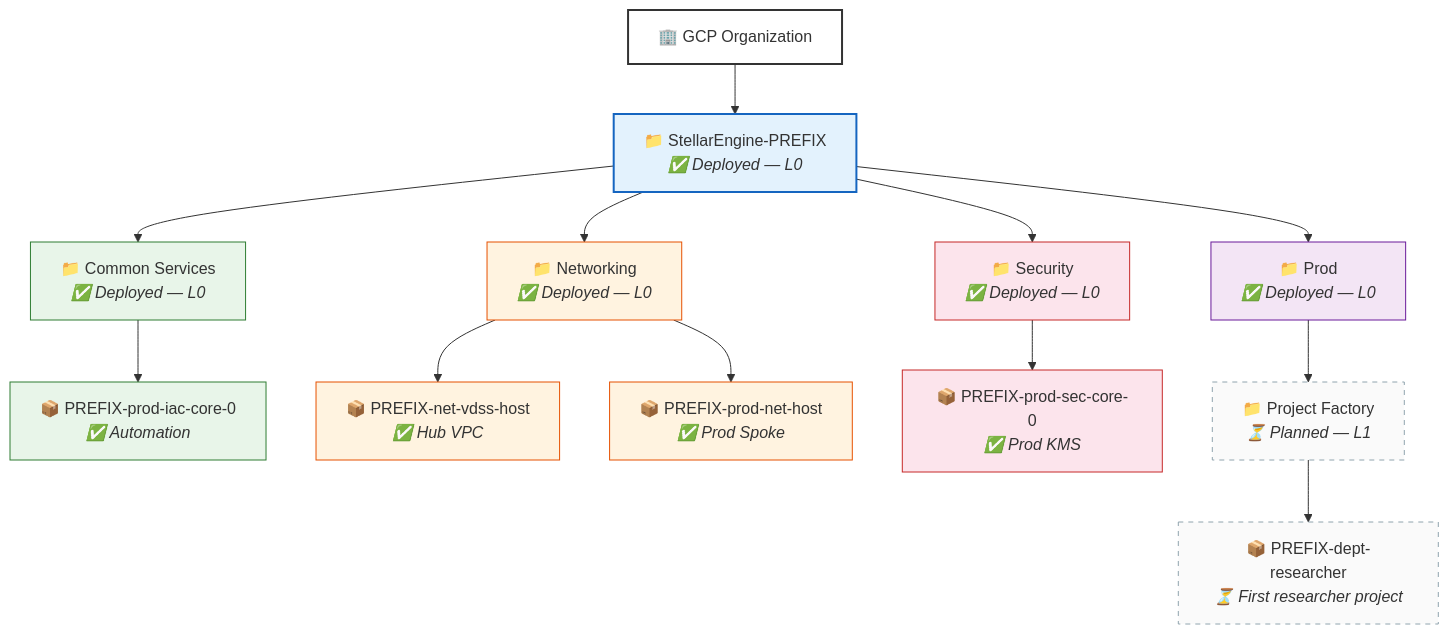
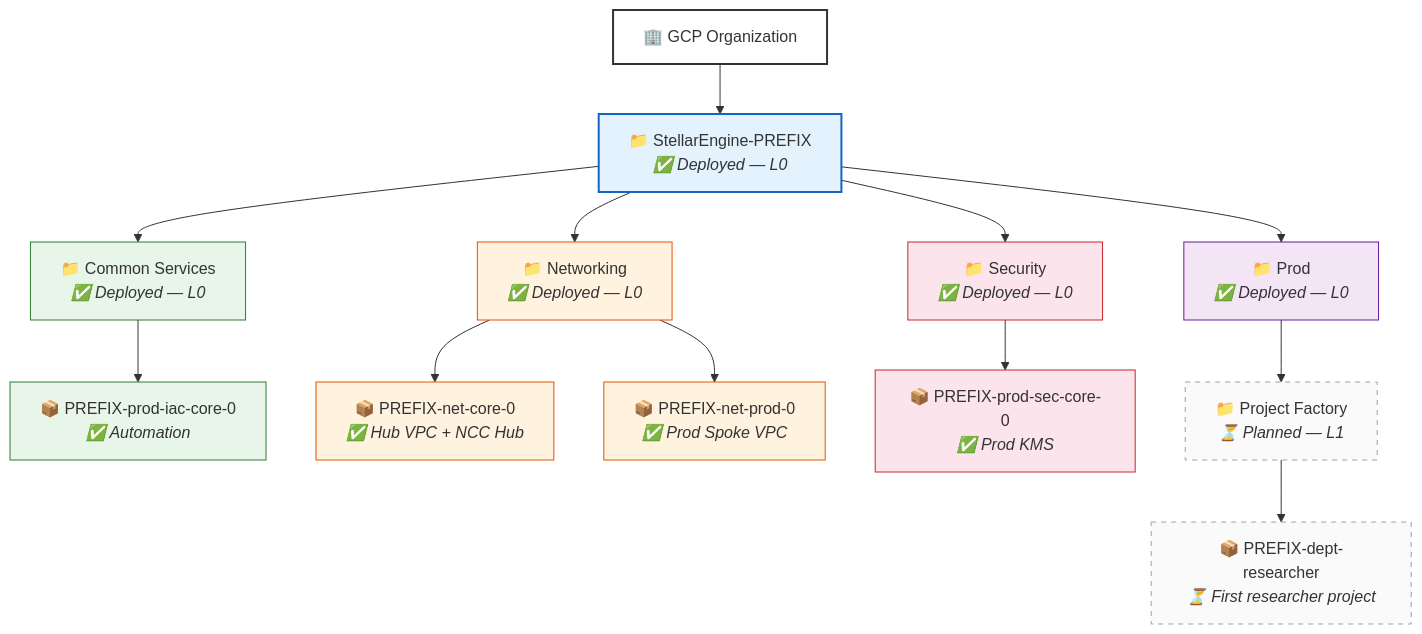
The second of 2 diagrams in README.md (WandLZhang/fast-science-1-researcher-lab), drawn with Mermaid before and after one commit. The commit also changed other lines of this file and 171 other files, not shown here.

````diff
--- a/README.md
+++ b/README.md
@@ -61,34 +61,34 @@
 ```mermaid
 graph TB
     ORG["🏢 GCP Organization"]
 
     ORG --> AW["📁 StellarEngine-PREFIX<br/><i>✅ Deployed — L0</i>"]
 
     AW --> CS["📁 Common Services<br/><i>✅ Deployed — L0</i>"]
     AW --> NET["📁 Networking<br/><i>✅ Deployed — L0</i>"]
     AW --> SEC["📁 Security<br/><i>✅ Deployed — L0</i>"]
     AW --> PROD["📁 Prod<br/><i>✅ Deployed — L0</i>"]
 
     CS --> P1["📦 PREFIX-prod-iac-core-0<br/><i>✅ Automation</i>"]
 
-    NET --> P4["📦 PREFIX-net-vdss-host<br/><i>✅ Hub VPC</i>"]
-    NET --> P5["📦 PREFIX-prod-net-host<br/><i>✅ Prod Spoke</i>"]
+    NET --> P4["📦 PREFIX-net-core-0<br/><i>✅ Hub VPC + NCC Hub</i>"]
+    NET --> P5["📦 PREFIX-net-prod-0<br/><i>✅ Prod Spoke VPC</i>"]
 
     SEC --> P9["📦 PREFIX-prod-sec-core-0<br/><i>✅ Prod KMS</i>"]
 
     PROD --> PF["📁 Project Factory<br/><i>⏳ Planned — L1</i>"]
     PF --> RP1["📦 PREFIX-dept-researcher<br/><i>⏳ First researcher project</i>"]
 
     style ORG fill:#fff,stroke:#333,stroke-width:2px
     style AW fill:#e3f2fd,stroke:#1565c0,stroke-width:2px
     style CS fill:#e8f5e9,stroke:#2e7d32
     style NET fill:#fff3e0,stroke:#e65100
     style SEC fill:#fce4ec,stroke:#c62828
     style PROD fill:#f3e5f5,stroke:#6a1b9a
     style P1 fill:#e8f5e9,stroke:#2e7d32
     style P4 fill:#fff3e0,stroke:#e65100
     style P5 fill:#fff3e0,stroke:#e65100
     style P9 fill:#fce4ec,stroke:#c62828
     style PF stroke-dasharray: 5 5,stroke:#90a4ae,fill:#fafafa
     style RP1 stroke-dasharray: 5 5,stroke:#90a4ae,fill:#fafafa
 ```
````
